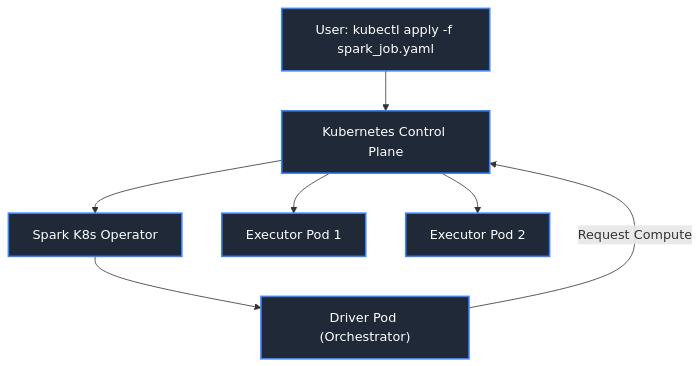
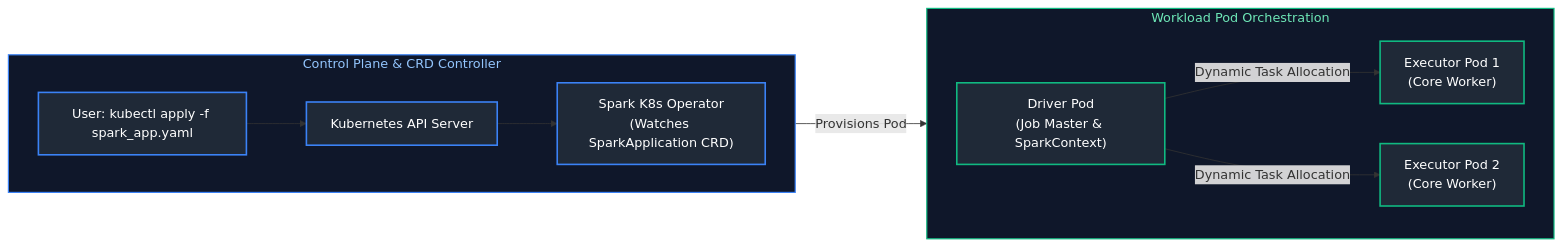
One commit to joydeep-biswas/Interview-Preparation changed diagram 11 of 12 in Data Engineering/13_azure_data_engineering_and_devops.md. Above: the diagram before and after it, drawn with Mermaid. The commit also changed other lines of this file and 76 other files, not shown here.

Commit message:
Updated Charts

````diff
--- a/Data Engineering/13_azure_data_engineering_and_devops.md
+++ b/Data Engineering/13_azure_data_engineering_and_devops.md
@@ -957,16 +968,27 @@
 ```mermaid
-flowchart TD
-    Submit["User: kubectl apply -f spark_job.yaml"] --> K8sAPI["Kubernetes Control Plane"]
-    K8sAPI --> SparkOperator["Spark K8s Operator"]
-    SparkOperator --> DriverPod["Driver Pod (Orchestrator)"]
-    DriverPod -->|Request Compute| K8sAPI
-    K8sAPI --> ExecPod1["Executor Pod 1"]
-    K8sAPI --> ExecPod2["Executor Pod 2"]
+flowchart LR
+    subgraph ControlPlane ["Control Plane & CRD Controller"]
+        direction LR
+        Submit["User: kubectl apply -f spark_app.yaml"] --> K8sAPI["Kubernetes API Server"]
+        K8sAPI --> SparkOperator["Spark K8s Operator<br/>(Watches SparkApplication CRD)"]
+    end
 
+    subgraph PodFleet ["Workload Pod Orchestration"]
+        direction LR
+        DriverPod["Driver Pod<br/>(Job Master & SparkContext)"]
+        ExecPod1["Executor Pod 1<br/>(Core Worker)"]
+        ExecPod2["Executor Pod 2<br/>(Core Worker)"]
+        DriverPod -->|Dynamic Task Allocation| ExecPod1 & ExecPod2
+    end
+
+    SparkOperator -->|Provisions Pod| DriverPod
+
+    style ControlPlane fill:#0f172a,stroke:#3b82f6,stroke-width:1.5px,color:#93c5fd
+    style PodFleet fill:#0f172a,stroke:#10b981,stroke-width:1.5px,color:#6ee7b7
     style Submit fill:#1f2937,stroke:#3b82f6,stroke-width:2px,color:#fff
     style K8sAPI fill:#1f2937,stroke:#3b82f6,stroke-width:2px,color:#fff
     style SparkOperator fill:#1f2937,stroke:#3b82f6,stroke-width:2px,color:#fff
-    style DriverPod fill:#1f2937,stroke:#3b82f6,stroke-width:2px,color:#fff
-    style ExecPod1 fill:#1f2937,stroke:#3b82f6,stroke-width:2px,color:#fff
-    style ExecPod2 fill:#1f2937,stroke:#3b82f6,stroke-width:2px,color:#fff
+    style DriverPod fill:#1f2937,stroke:#10b981,stroke-width:2px,color:#fff
+    style ExecPod1 fill:#1f2937,stroke:#10b981,stroke-width:2px,color:#fff
+    style ExecPod2 fill:#1f2937,stroke:#10b981,stroke-width:2px,color:#fff
 ```
````
